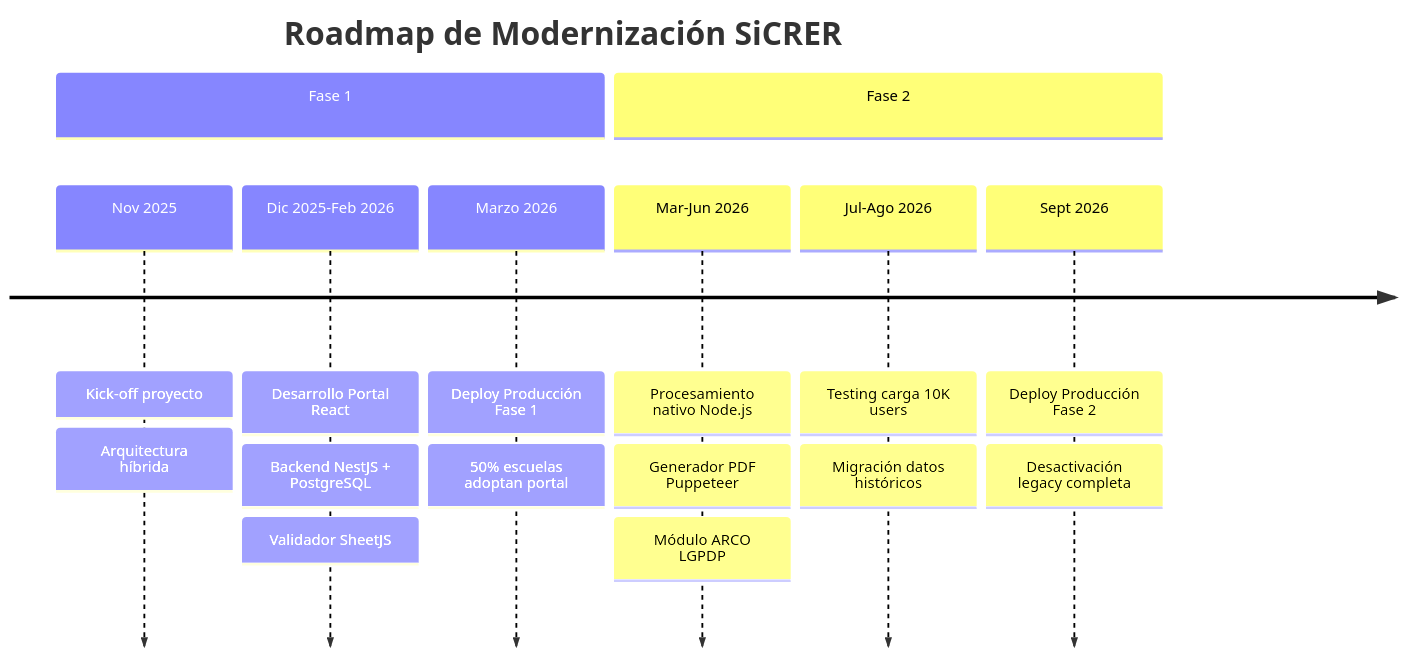
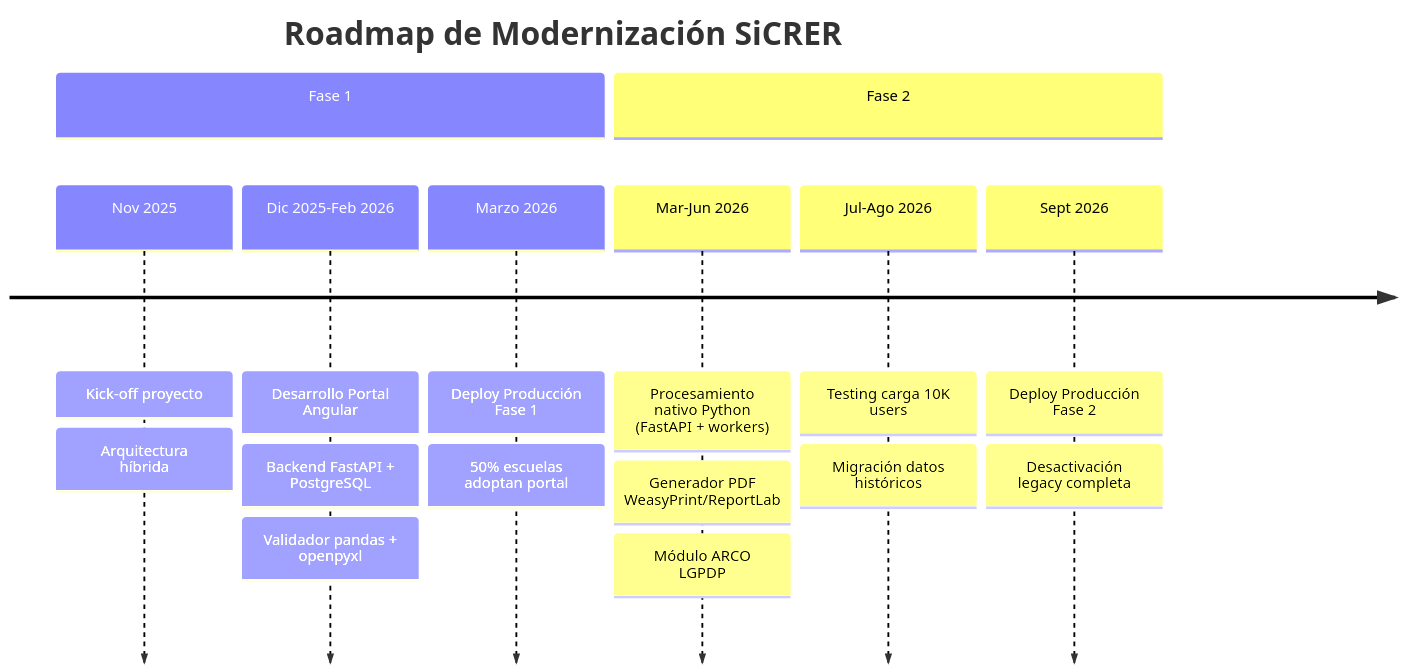
Before and after one commit to dleonsystem/sep_evaluacion_diagnostica: the first of 8 diagrams in RESUMEN_EJECUTIVO_STAKEHOLDERS.md, drawn with Mermaid. The commit also changed other lines of this file and 6 other files, not shown here.

Commit message:
Alinear documentación con stack Python/Angular/PostgreSQL

````diff
--- a/RESUMEN_EJECUTIVO_STAKEHOLDERS.md
+++ b/RESUMEN_EJECUTIVO_STAKEHOLDERS.md
@@ -15,20 +17,20 @@
 ```mermaid
 timeline
     title Roadmap de Modernización SiCRER
     section Fase 1
         Nov 2025 : Kick-off proyecto
                : Arquitectura híbrida
-        Dic 2025-Feb 2026 : Desarrollo Portal React
-                          : Backend NestJS + PostgreSQL
-                          : Validador SheetJS
+        Dic 2025-Feb 2026 : Desarrollo Portal Angular
+                          : Backend FastAPI + PostgreSQL
+                          : Validador pandas + openpyxl
         Marzo 2026 : Deploy Producción Fase 1
                    : 50% escuelas adoptan portal
     section Fase 2
-        Mar-Jun 2026 : Procesamiento nativo Node.js
-                     : Generador PDF Puppeteer
+        Mar-Jun 2026 : Procesamiento nativo Python (FastAPI + workers)
+                     : Generador PDF WeasyPrint/ReportLab
                      : Módulo ARCO LGPDP
         Jul-Ago 2026 : Testing carga 10K users
                      : Migración datos históricos
         Sept 2026 : Deploy Producción Fase 2
                   : Desactivación legacy completa
 ```
````
